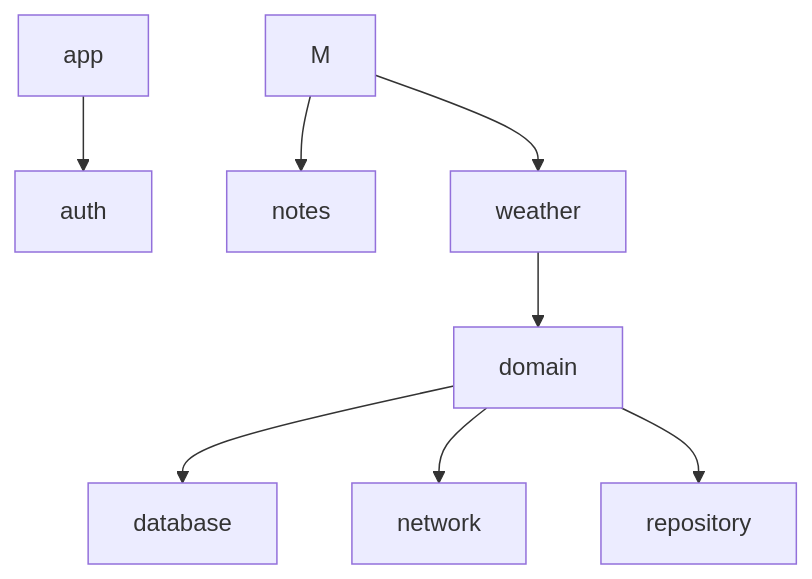
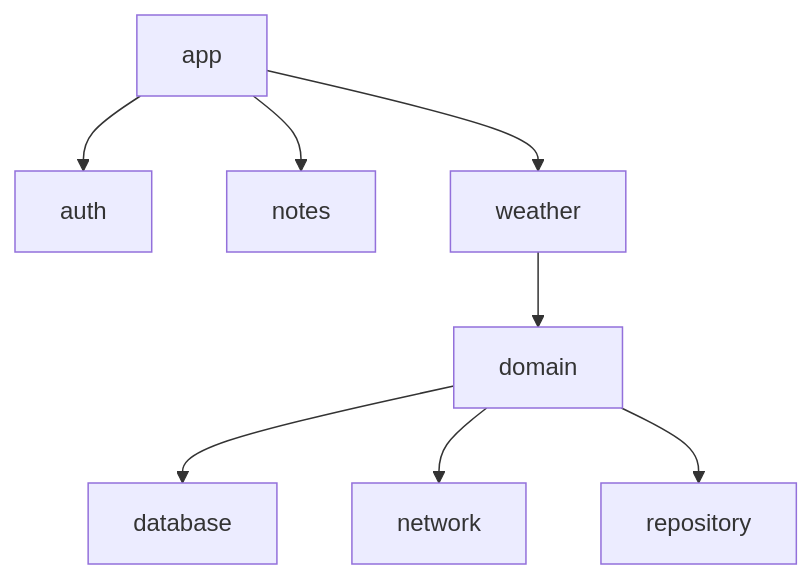
The second of 2 diagrams in ReadMe.md (FeodorH/WeatherNotes), drawn with Mermaid before and after one commit.

````diff
--- a/ReadMe.md
+++ b/ReadMe.md
@@ -27,12 +27,12 @@
 ```mermaid
 graph TD
     a[app] --> auth[auth]
-    M --> n[notes]
-    M --> w[weather]
+    a --> n[notes]
+    a --> w[weather]
     
     w --> d[domain]
     
     d --> db[database]
     d --> net[network]
     d --> repos[repository]
 ```
````
